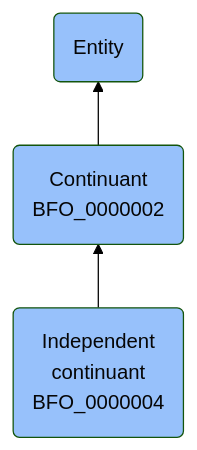
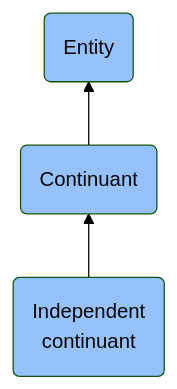
The diagram in docs/ontology/reference/model/Entity/Continuant/Independent continuant/Independent continuant.md (jupyter-naas/abi), drawn with Mermaid (forest theme) before and after one commit. The commit also changed other lines of this file and 1430 other files, not shown here.

````diff
--- a/docs/ontology/reference/model/Entity/Continuant/Independent continuant/Independent continuant.md
+++ b/docs/ontology/reference/model/Entity/Continuant/Independent continuant/Independent continuant.md
@@ -24,10 +24,10 @@
 ```mermaid
 graph BT
-    BFO_0000004(Independent<br>continuant<br>BFO_0000004):::BFO-->BFO_0000002
-    BFO_0000002(Continuant<br>BFO_0000002):::BFO-->BFO_0000001
+    BFO_0000004(Independent<br>continuant):::BFO-->BFO_0000002
+    BFO_0000002(Continuant):::BFO-->BFO_0000001
     BFO_0000001(Entity):::BFO
     
     classDef BFO fill:#97c1fb,color:#060606
     classDef CCO fill:#e4c51e,color:#060606
     classDef ABI fill:#48DD82,color:#060606
 ```
````
